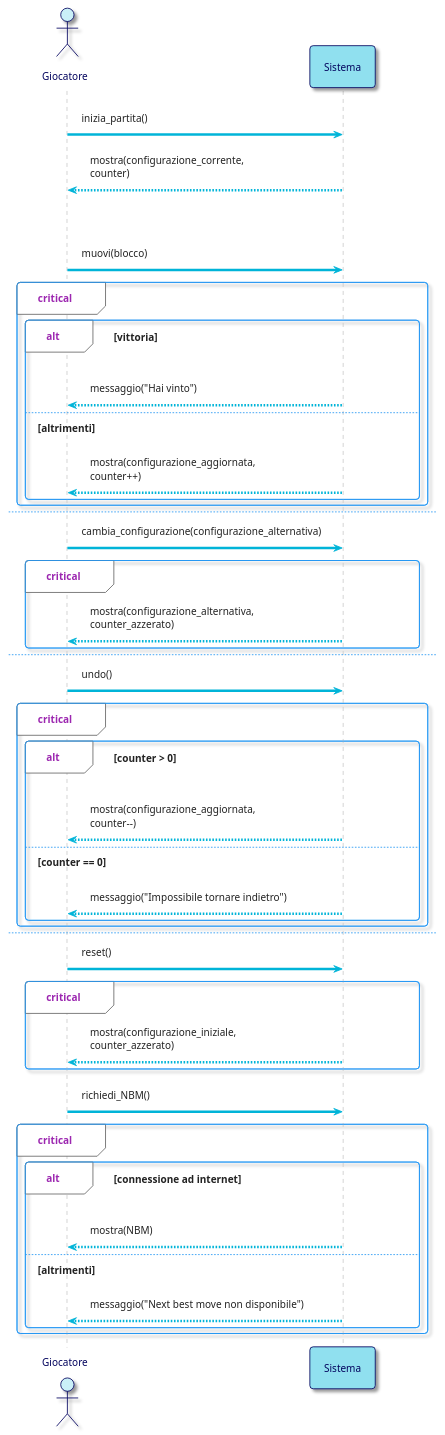
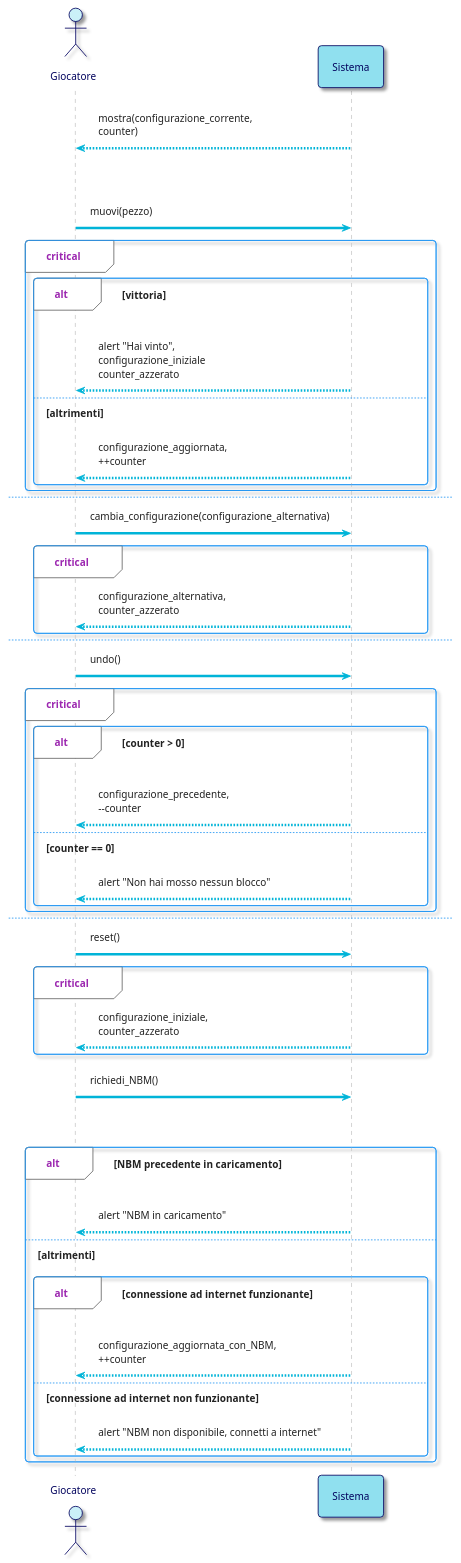
One commit to bellins14/klotski_gruppo2 changed the first of 8 diagrams in resources/Sequence_Diagrams.md. Above: the diagram before and after it, drawn with PlantUML.

````diff
--- a/resources/Sequence_Diagrams.md
+++ b/resources/Sequence_Diagrams.md
@@ -5,71 +5,75 @@
 ```plantuml
 @startuml
 !theme materia-outline
 
 skinparam ArrowColor #00B4D8
 skinparam BackgroundColor #FFFFFF
 skinparam ArrowColor #00B4D8
 skinparam ActorBorderColor #03045E
 skinparam ActorFontColor #03045E
 skinparam ActorBackgroundColor #CAF0F8
 skinparam ParticipantFontColor #03045E
 skinparam ParticipantBorderColor #03045E
 skinparam ParticipantBackgroundColor #90E0EF
 
 actor Giocatore
 participant Sistema
 
-Giocatore -> Sistema: inizia_partita()
 Sistema --> Giocatore: mostra(configurazione_corrente,\ncounter)
 
 par
-    Giocatore -> Sistema: muovi(blocco)
+    Giocatore -> Sistema: muovi(pezzo)
     
     critical 
       alt vittoria
-        Sistema --> Giocatore: messaggio("Hai vinto")
+        Sistema --> Giocatore: alert "Hai vinto", \nconfigurazione_iniziale \ncounter_azzerato
 
       else altrimenti
-        Sistema --> Giocatore: mostra(configurazione_aggiornata,\ncounter++)
+        Sistema --> Giocatore: configurazione_aggiornata,\n++counter
       end
     end
     
 else 
     Giocatore -> Sistema: cambia_configurazione(configurazione_alternativa)
     
     critical 
-      Sistema --> Giocatore: mostra(configurazione_alternativa,\ncounter_azzerato)
+      Sistema --> Giocatore: configurazione_alternativa,\ncounter_azzerato
     end
 
 else 
     Giocatore -> Sistema: undo()
     
     critical 
       alt counter > 0 
-        Sistema --> Giocatore: mostra(configurazione_aggiornata,\ncounter--)
+        Sistema --> Giocatore: configurazione_precedente,\n--counter
         
       else counter == 0
-        Sistema --> Giocatore: messaggio("Impossibile tornare indietro")
+        Sistema --> Giocatore: alert "Non hai mosso nessun blocco"
       end
     end
     
 else 
     Giocatore -> Sistema: reset()
     
     critical 
-      Sistema --> Giocatore: mostra(configurazione_iniziale,\ncounter_azzerato)
+      Sistema --> Giocatore: configurazione_iniziale,\ncounter_azzerato
     end
 
 else 
     Giocatore -> Sistema: richiedi_NBM()
     
     critical 
-      alt connessione ad internet
-        Sistema --> Giocatore: mostra(NBM)
+    alt NBM precedente in caricamento
+      Sistema --> Giocatore: alert "NBM in caricamento"
+      
+      else altrimenti
+      
+      alt connessione ad internet funzionante
+        Sistema --> Giocatore: configurazione_aggiornata_con_NBM, \n++counter
         
-      else altrimenti
-        Sistema --> Giocatore: messaggio("Next best move non disponibile")
+      else connessione ad internet non funzionante
+        Sistema --> Giocatore: alert "NBM non disponibile, connetti a internet" 
     end
 end
 @enduml
 ```
````
